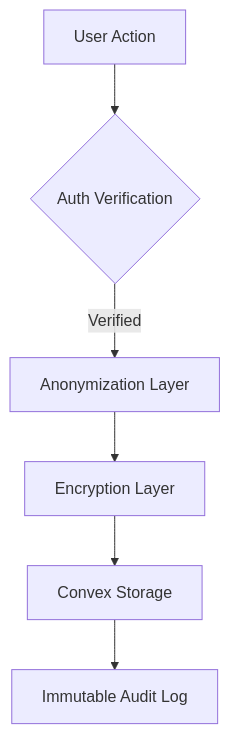
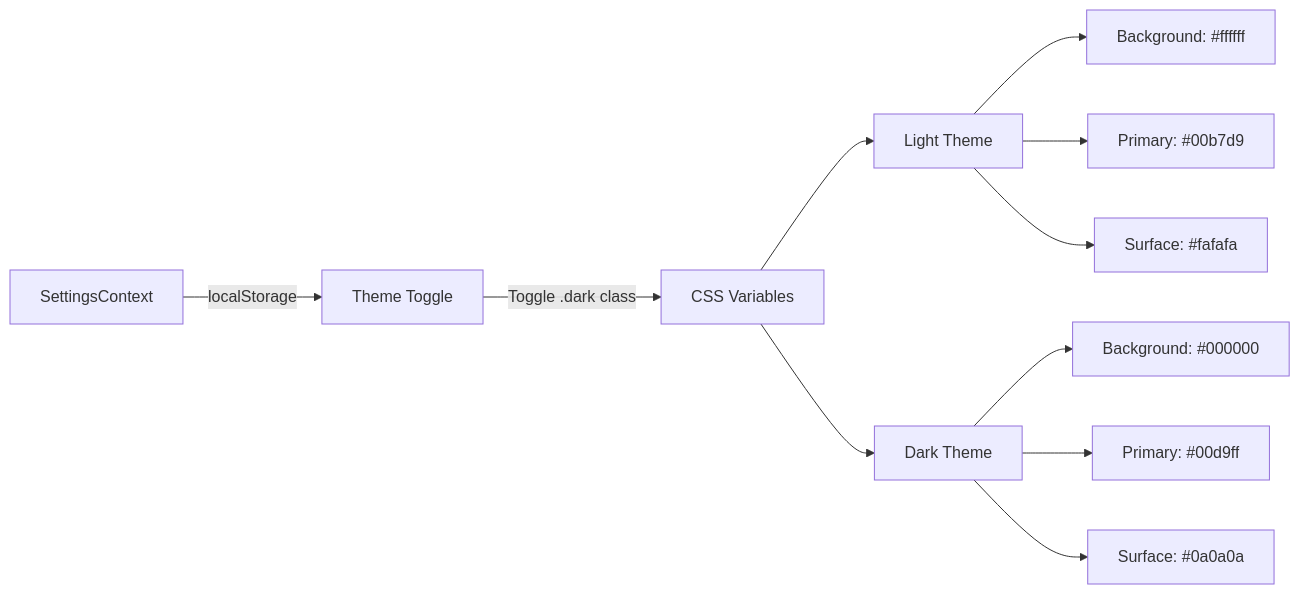
Diagram 16 of 16 in README.md (ArrinPaul/HealthNex), drawn with Mermaid before and after one commit. The commit also changed other lines of this file, not shown here.

````diff
--- a/README.md
+++ b/README.md
@@ -225,8 +929,15 @@
 ```mermaid
-graph TD
-    A[User Action] --> B{Auth Verification}
-    B -->|Verified| C[Anonymization Layer]
-    C --> D[Encryption Layer]
-    D --> E[Convex Storage]
-    E --> F[Immutable Audit Log]
+graph LR
+    A[SettingsContext] -->|localStorage| B[Theme Toggle]
+    B -->|Toggle .dark class| C[CSS Variables]
+    C --> D[Light Theme]
+    C --> E[Dark Theme]
+
+    D --> D1["Background: #ffffff"]
+    D --> D2["Primary: #00b7d9"]
+    D --> D3["Surface: #fafafa"]
+
+    E --> E1["Background: #000000"]
+    E --> E2["Primary: #00d9ff"]
+    E --> E3["Surface: #0a0a0a"]
 ```
````
